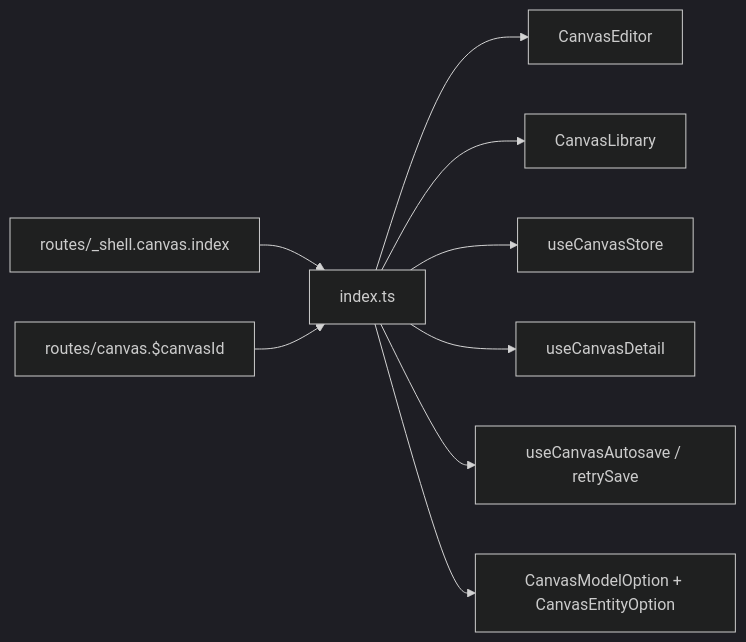
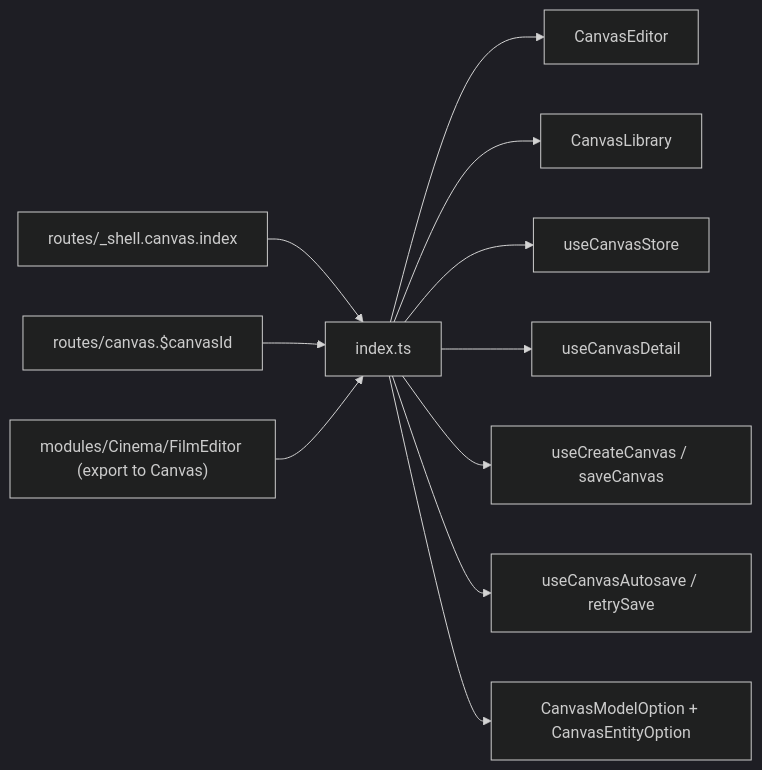
One commit to AzamatRaimbekov2/openCreate changed the diagram in apps/web/src/modules/Canvas/index.ts.md. Above: the diagram before and after it, drawn with Mermaid (dark theme). The commit also changed other lines of this file and 206 other files, not shown here.

````diff
--- a/apps/web/src/modules/Canvas/index.ts.md
+++ b/apps/web/src/modules/Canvas/index.ts.md
@@ -19,11 +19,13 @@
 ```mermaid
 flowchart LR
   R1["routes/_shell.canvas.index"] --> IDX[index.ts]
   R2["routes/canvas.$canvasId"] --> IDX
+  R3["modules/Cinema/FilmEditor (export to Canvas)"] --> IDX
   IDX --> CE[CanvasEditor]
   IDX --> CL[CanvasLibrary]
   IDX --> ST[useCanvasStore]
   IDX --> API[useCanvasDetail]
+  IDX --> CC["useCreateCanvas / saveCanvas"]
   IDX --> AS[useCanvasAutosave / retrySave]
   IDX --> T["CanvasModelOption + CanvasEntityOption"]
 ```
````
